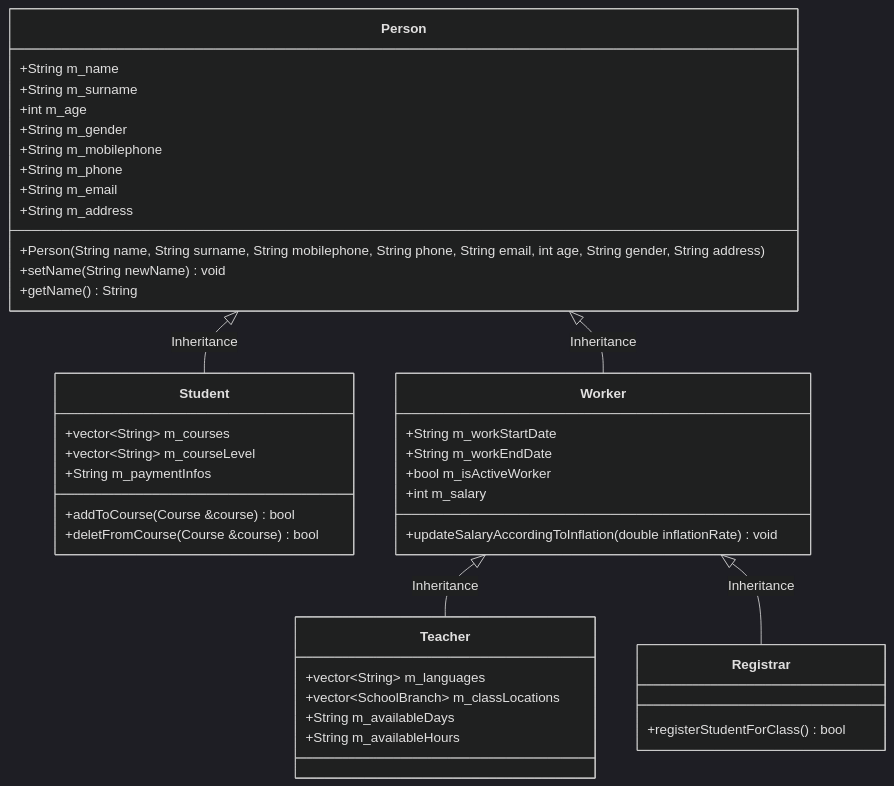
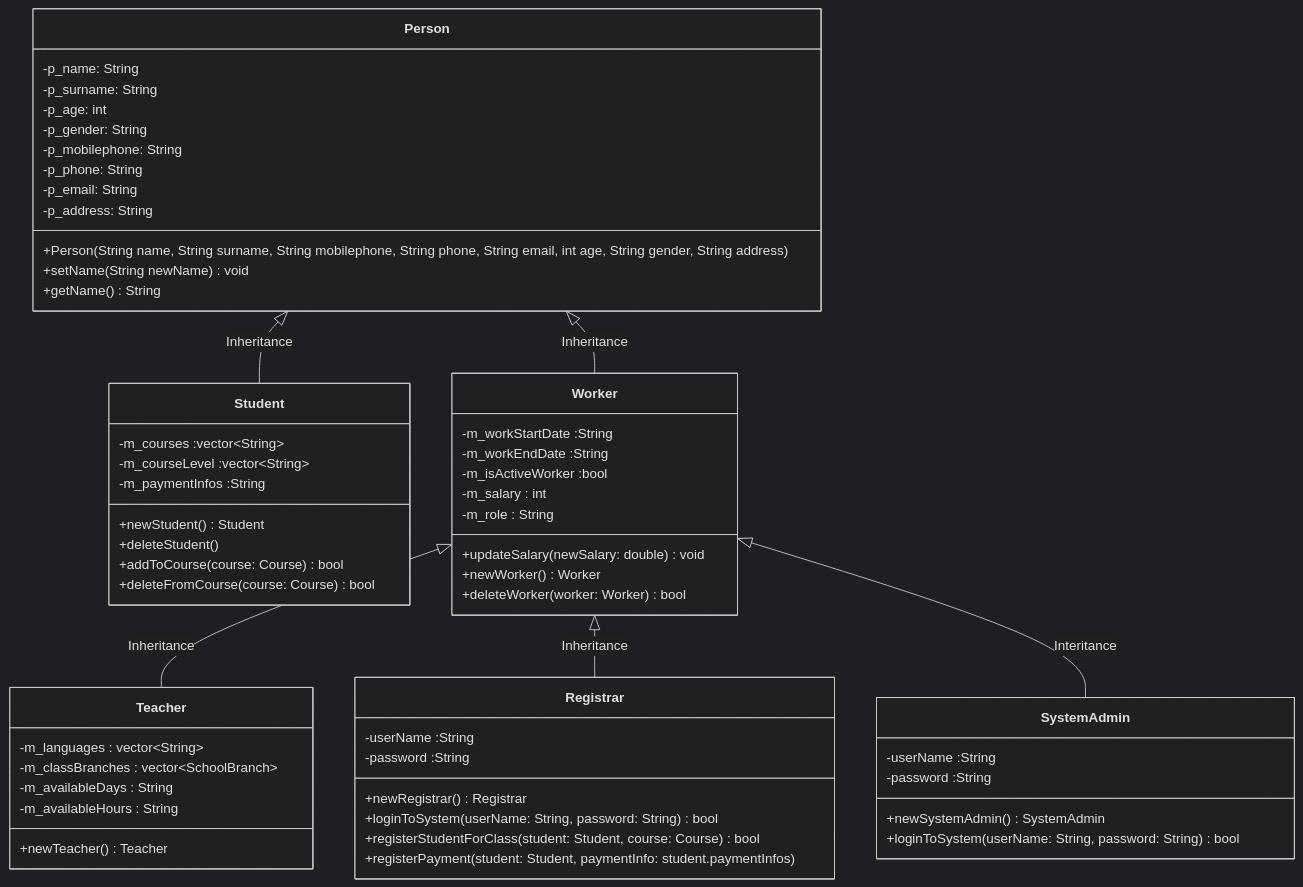
The second of 4 diagrams in 03-Project/01-ClassDiagram/UML_Diag.md (ondergormez/BLM3722_Software_Engineering), drawn with Mermaid (dark theme) before and after one commit. The commit also changed other lines of this file and 2 other files, not shown here.

Commit message:
UML Diagrams

````diff
--- a/03-Project/01-ClassDiagram/UML_Diag.md
+++ b/03-Project/01-ClassDiagram/UML_Diag.md
@@ -49,45 +61,70 @@
 ```mermaid
 classDiagram
     Person <|-- Student : Inheritance
     Person <|-- Worker : Inheritance
     Worker <|-- Teacher : Inheritance
     Worker <|-- Registrar : Inheritance
-    Person : +String m_name
-    Person : +String m_surname
-    Person : +int m_age
-    Person : +String m_gender
-    Person : +String m_mobilephone
-    Person : +String m_phone
-    Person : +String m_email
-    Person : +String m_address
-    Person: +Person(String name, String surname, String mobilephone, String phone, String email, int age, String gender, String address)
-    Person: +setName(String newName) void
-    Person: +getName() String
+    Worker <|-- SystemAdmin: Interitance
+
+    class Person{
+    -p_name: String
+    -p_surname: String
+    -p_age: int
+    -p_gender: String
+    -p_mobilephone: String
+    -p_phone: String
+    -p_email: String
+    -p_address: String
+    +Person(String name, String surname, String mobilephone, String phone, String email, int age, String gender, String address)
+    +setName(String newName) void
+    +getName() String
+    }
+
 
     class Student{
-      +vector~String~ m_courses
-      +vector~String~ m_courseLevel
-      +String m_paymentInfos
-      +addToCourse(Course &course) bool
-      +deletFromCourse(Course &course) bool
+      -m_courses :vector~String~ 
+      -m_courseLevel :vector~String~ 
+      -m_paymentInfos :String 
+      +newStudent() Student
+      +deleteStudent()
+      +addToCourse(course: Course) bool
+      +deleteFromCourse(course: Course) bool
     }
 
     class Worker{
-      +String m_workStartDate
-      +String m_workEndDate
-      +bool m_isActiveWorker
-      +int m_salary
-      +updateSalaryAccordingToInflation(double inflationRate) void
+      -m_workStartDate :String 
+      -m_workEndDate :String 
+      -m_isActiveWorker :bool 
+      -m_salary : int 
+      -m_role : String
+      +updateSalary(newSalary: double) void
+      +newWorker() Worker
+      +deleteWorker(worker: Worker) bool
     }
     
     class Teacher{
-      +vector~String~ m_languages
-      +vector~SchoolBranch~ m_classLocations
-      +String m_availableDays
-      +String m_availableHours
+      -m_languages : vector~String~ 
+      -m_classBranches : vector~SchoolBranch~ 
+      -m_availableDays : String 
+      -m_availableHours : String 
+      +newTeacher()  Teacher
     }
 
     class Registrar{
-      +registerStudentForClass() bool 
+      -userName :String
+      -password :String
+      +newRegistrar() Registrar
+      +loginToSystem(userName: String, password: String) bool
+      +registerStudentForClass(student: Student, course: Course) bool 
+      +registerPayment(student: Student, paymentInfo: student.paymentInfos)
     }
+
+    class SystemAdmin{
+      -userName :String
+      -password :String
+      +newSystemAdmin() SystemAdmin
+      +loginToSystem(userName: String, password: String) bool
+    }
+
+
 ```
````
